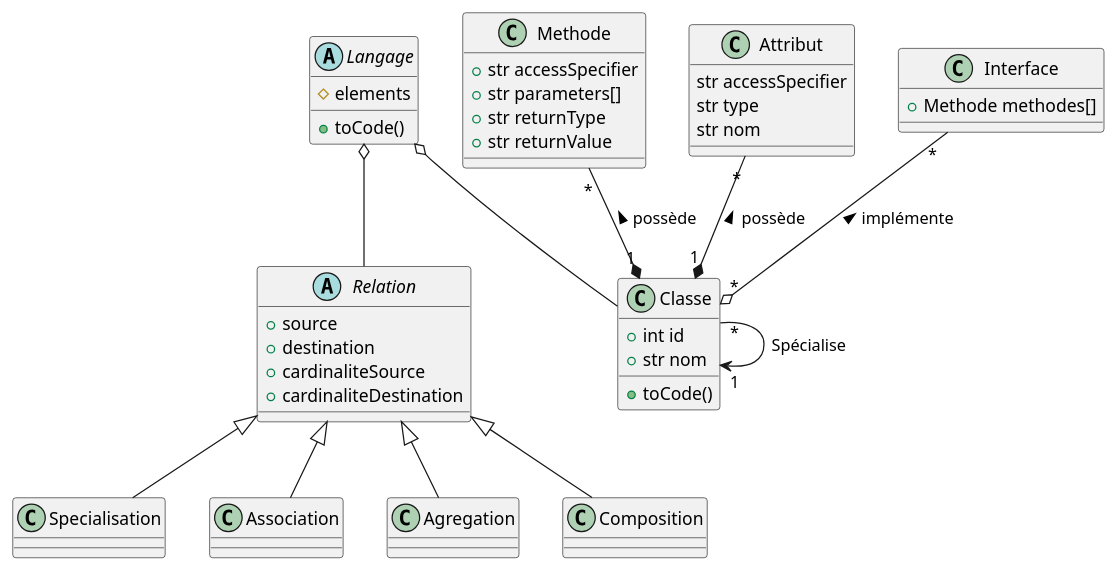
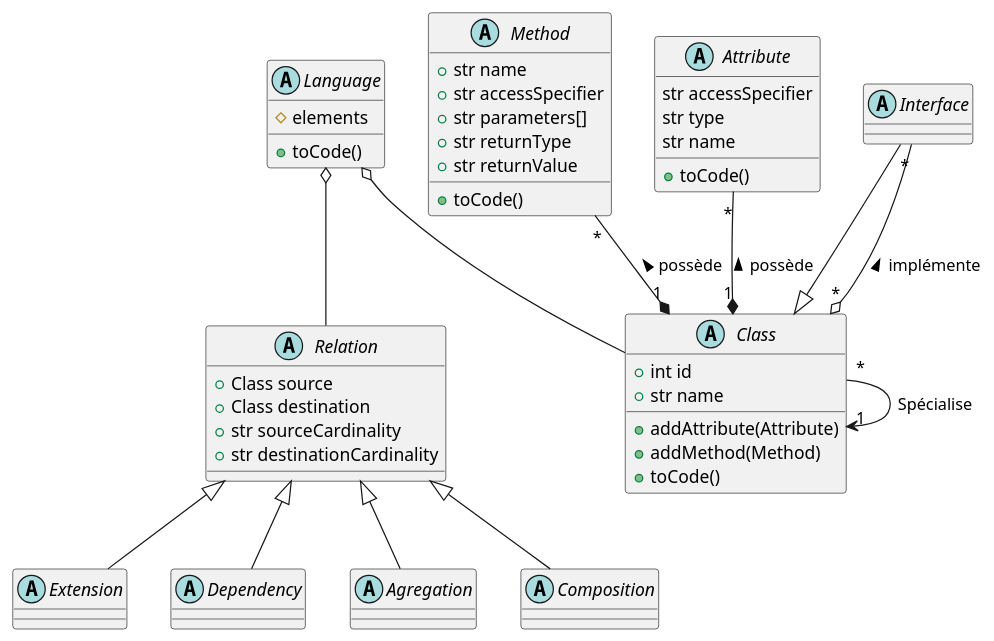
The diagram in core/core_diagram.puml (bobbysenior/uml2code-mirror), drawn with PlantUML before and after one commit. The commit also changed 2 other files, not shown here.

```diff
--- a/core/core_diagram.puml
+++ b/core/core_diagram.puml
@@ -1,58 +1,65 @@
 @startuml
 
-abstract class Langage {
+abstract class Language {
   #elements
   +toCode()
 }
 
 abstract class Relation {
-  +source
-  +destination
-  +cardinaliteSource
-  +cardinaliteDestination
+  +Class source
+  +Class destination
+  +str sourceCardinality
+  +str destinationCardinality
 }
 
-class Specialisation {
+abstract class Extension {
 
 }
-class Association {}
-class Agregation {}
-class Composition {}
+abstract class Dependency {}
+abstract class Agregation {}
+abstract class Composition {}
 
-class Classe {
+abstract class Class {
   +int id
-  +str nom
+  +str name
+  +addAttribute(Attribute)
+  +addMethod(Method)
   +toCode()
 }
 
-class Methode {
+abstract class Method {
+  +str name
   +str accessSpecifier
   +str parameters[]
   +str returnType
   +str returnValue
+  +toCode()
 }
 
-class Attribut {
+abstract class Attribute {
   str accessSpecifier
   str type
-  str nom
+  str name
+  +toCode()
 }
 
-class Interface {
-  +Methode methodes[]
+abstract class Interface {
 }
 
-Attribut "*" --* "1" Classe : < possède
-Methode "*" --* "1" Classe : < possède
-Interface "*" --o "*" Classe : implémente <
-Classe "*" --> "1" Classe : Spécialise
+Interface --|> Class
 
-Relation <|-- Specialisation
-Relation <|-- Association
+Attribute "*" --* "1" Class : < possède
+Method "*" --* "1" Class : < possède
+Interface "*" --o "*" Class : implémente <
+Class "*" --> "1" Class : Spécialise
+
+Relation <|-- Extension
+Relation <|-- Dependency
 Relation <|-- Agregation
 Relation <|-- Composition
 
-Langage o-- Relation
-Langage o-- Classe
+
+Language o-- Relation
+Language o-- Class
 
 @enduml
```
